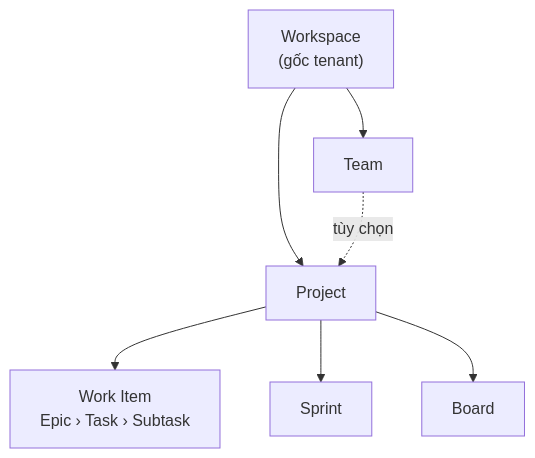
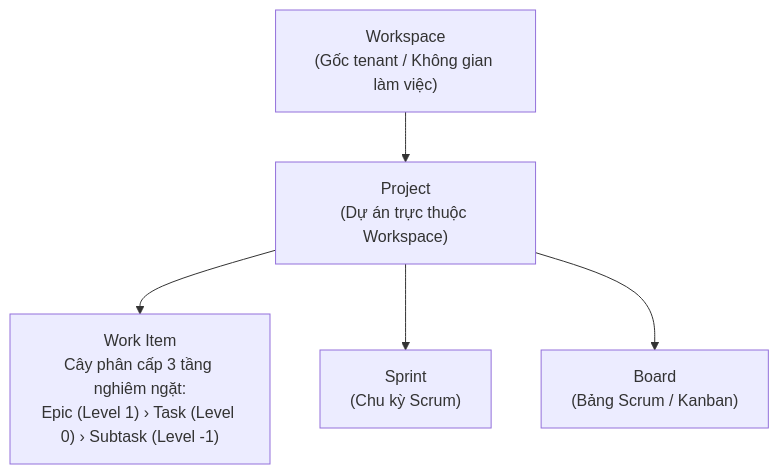
Before and after one commit to Hecker-Chuoi/DATN-2026: the fourth of 4 diagrams in formal_doc/00_MUC_LUC.md, drawn with Mermaid. The commit also changed other lines of this file and 60 other files, not shown here.

````diff
--- a/formal_doc/00_MUC_LUC.md
+++ b/formal_doc/00_MUC_LUC.md
@@ -71,9 +72,7 @@
 ```mermaid
 flowchart TD
-    W["Workspace<br/>(gốc tenant)"] --> T["Team"]
-    W --> P["Project"]
-    T -. "tùy chọn" .-> P
-    P --> I["Work Item<br/>Epic › Task › Subtask"]
-    P --> S["Sprint"]
-    P --> B["Board"]
+    W["Workspace<br/>(Gốc tenant / Không gian làm việc)"] --> P["Project<br/>(Dự án trực thuộc Workspace)"]
+    P --> I["Work Item<br/>Cây phân cấp 3 tầng nghiêm ngặt:<br/>Epic (Level 1) › Task (Level 0) › Subtask (Level -1)"]
+    P --> S["Sprint<br/>(Chu kỳ Scrum)"]
+    P --> B["Board<br/>(Bảng Scrum / Kanban)"]
 ```
````
